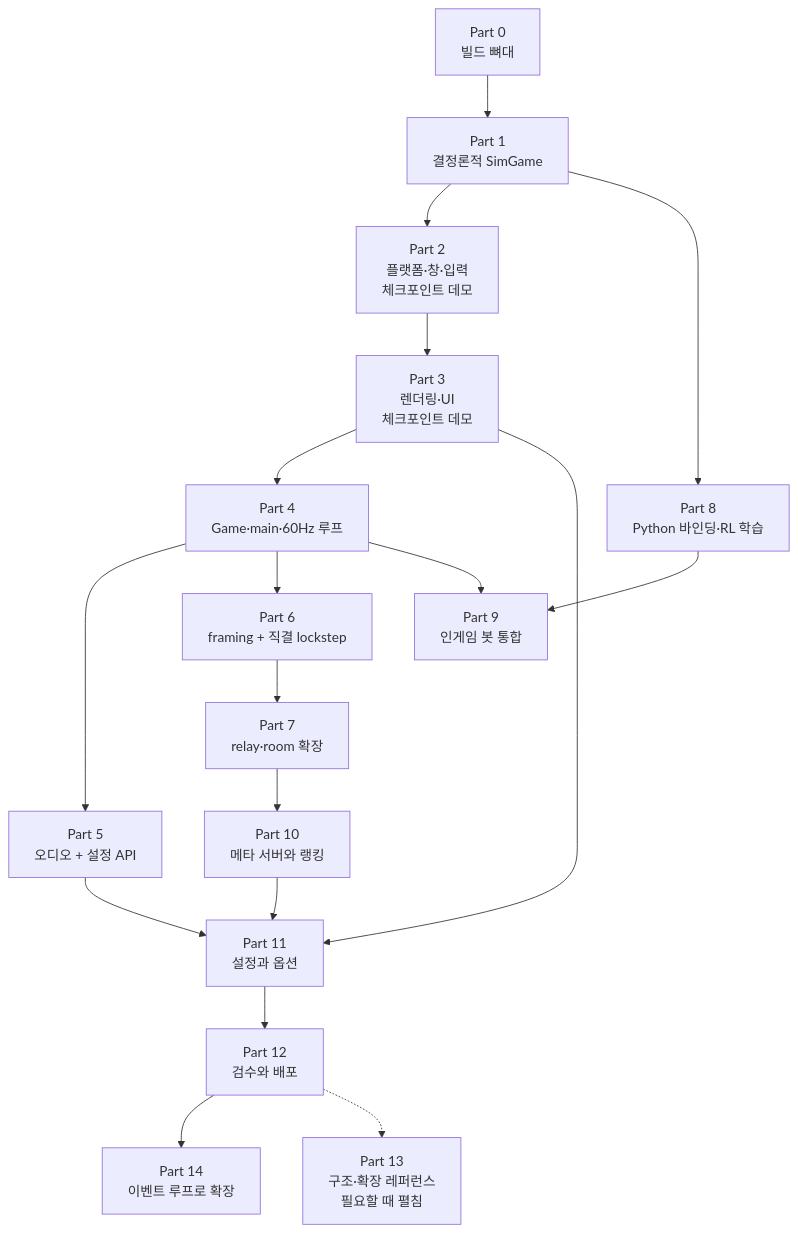
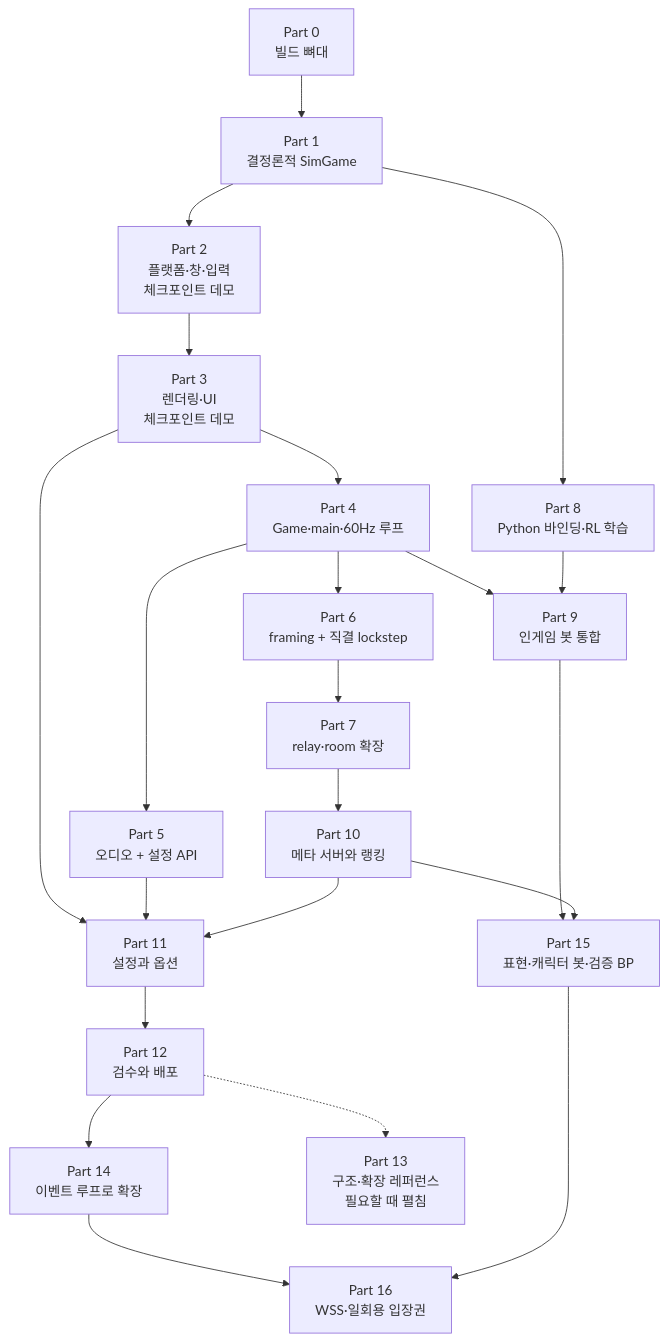
One commit to Rein-ArXiv/Tetris-Multiplayer-RL changed the first of 2 diagrams in docs/blog/README.md. Above: the diagram before and after it, drawn with Mermaid. The commit also changed other lines of this file and 91 other files, not shown here.

````diff
--- a/docs/blog/README.md
+++ b/docs/blog/README.md
@@ -26,20 +32,24 @@
 ```mermaid
 graph TB
     P0[Part 0<br/>빌드 뼈대] --> P1[Part 1<br/>결정론적 SimGame]
     P1 --> P2[Part 2<br/>플랫폼·창·입력<br/>체크포인트 데모]
     P2 --> P3[Part 3<br/>렌더링·UI<br/>체크포인트 데모]
     P3 --> P4[Part 4<br/>Game·main·60Hz 루프]
     P4 --> P5[Part 5<br/>오디오 + 설정 API]
     P4 --> P6[Part 6<br/>framing + 직결 lockstep]
     P6 --> P7[Part 7<br/>relay·room 확장]
     P1 --> P8[Part 8<br/>Python 바인딩·RL 학습]
     P4 --> P9[Part 9<br/>인게임 봇 통합]
     P8 --> P9
     P7 --> P10[Part 10<br/>메타 서버와 랭킹]
     P3 --> P11[Part 11<br/>설정과 옵션]
     P5 --> P11
     P10 --> P11
     P11 --> P12[Part 12<br/>검수와 배포]
     P12 --> P14[Part 14<br/>이벤트 루프로 확장]
+    P9 --> P15[Part 15<br/>표현·캐릭터 봇·검증 BP]
+    P10 --> P15
+    P14 --> P16[Part 16<br/>WSS·일회용 입장권]
+    P15 --> P16
     P12 -.-> P13[Part 13<br/>구조·확장 레퍼런스<br/>필요할 때 펼침]
 ```
````
